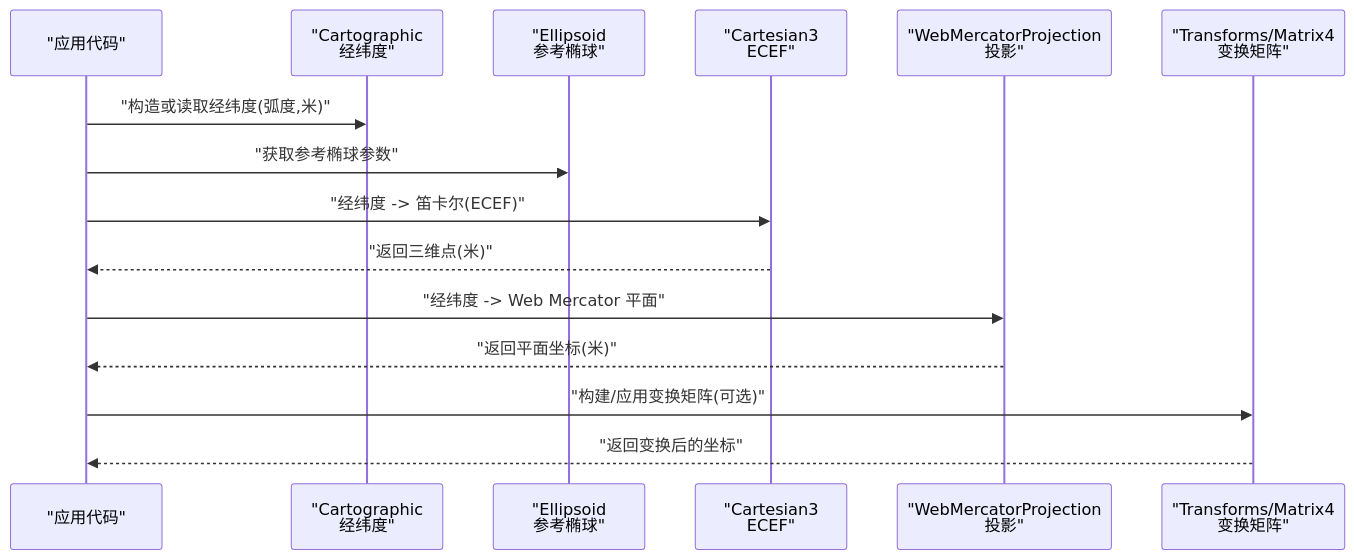
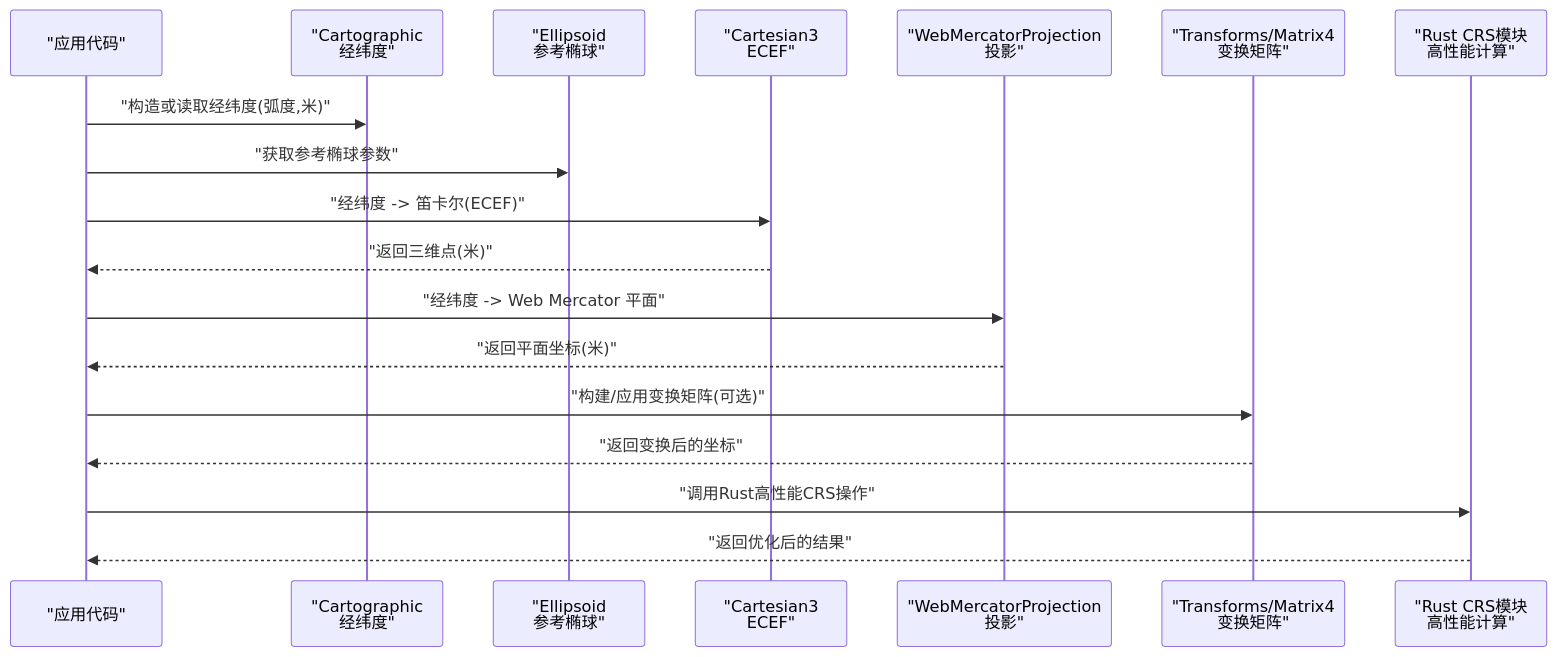
Before and after one commit to rzhangjing/cesium: the second of 6 diagrams in .qoder/repowiki/zh/content/核心概念/坐标系统与投影.md, drawn with Mermaid. The commit also changed other lines of this file and 74 other files, not shown here.

````diff
--- a/.qoder/repowiki/zh/content/核心概念/坐标系统与投影.md
+++ b/.qoder/repowiki/zh/content/核心概念/坐标系统与投影.md
@@ -89,17 +109,20 @@
 ```mermaid
 sequenceDiagram
 participant App as "应用代码"
 participant Geo as "Cartographic<br/>经纬度"
 participant Ell as "Ellipsoid<br/>参考椭球"
 participant ECEF as "Cartesian3<br/>ECEF"
 participant Proj as "WebMercatorProjection<br/>投影"
 participant Mat as "Transforms/Matrix4<br/>变换矩阵"
+participant RustCRS as "Rust CRS模块<br/>高性能计算"
 App->>Geo : "构造或读取经纬度(弧度,米)"
 App->>Ell : "获取参考椭球参数"
 App->>ECEF : "经纬度 -> 笛卡尔(ECEF)"
 ECEF-->>App : "返回三维点(米)"
 App->>Proj : "经纬度 -> Web Mercator 平面"
 Proj-->>App : "返回平面坐标(米)"
 App->>Mat : "构建/应用变换矩阵(可选)"
 Mat-->>App : "返回变换后的坐标"
+App->>RustCRS : "调用Rust高性能CRS操作"
+RustCRS-->>App : "返回优化后的结果"
 ```
````
